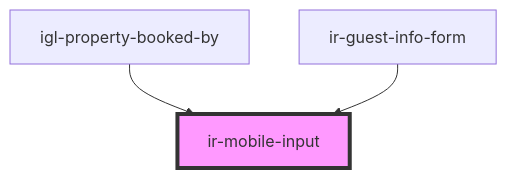
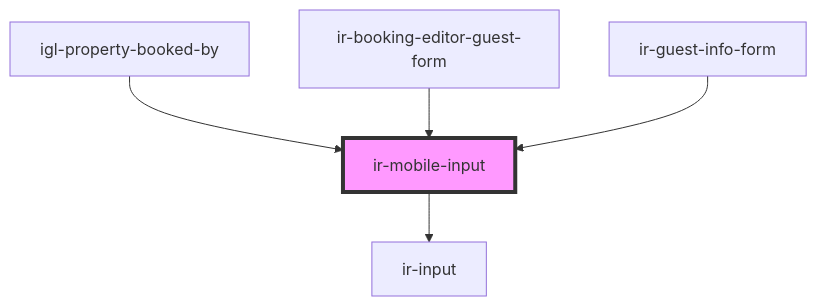
One commit to David1Chowaifaty/modified-ir-webcmp changed the diagram in src/components/ui/ir-mobile-input/readme.md. Above: the diagram before and after it, drawn with Mermaid. The commit also changed other lines of this file and 56 other files, not shown here.

First line of the commit message:
Enhance IrBookingEditor and related components with new validation and input handling

````diff
--- a/src/components/ui/ir-mobile-input/readme.md
+++ b/src/components/ui/ir-mobile-input/readme.md
@@ -41,6 +46,8 @@
 ```mermaid
 graph TD;
+  ir-mobile-input --> ir-input
   igl-property-booked-by --> ir-mobile-input
+  ir-booking-editor-guest-form --> ir-mobile-input
   ir-guest-info-form --> ir-mobile-input
   style ir-mobile-input fill:#f9f,stroke:#333,stroke-width:4px
 ```
````
